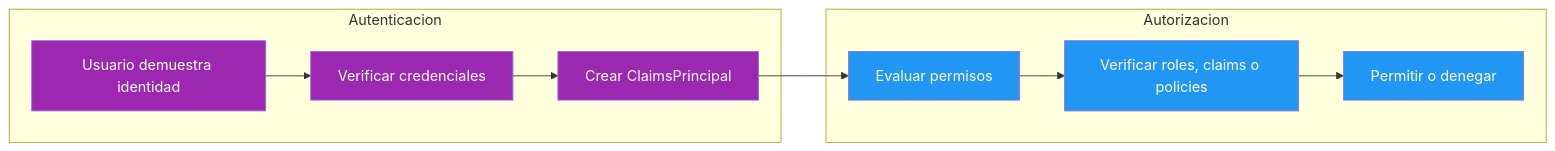
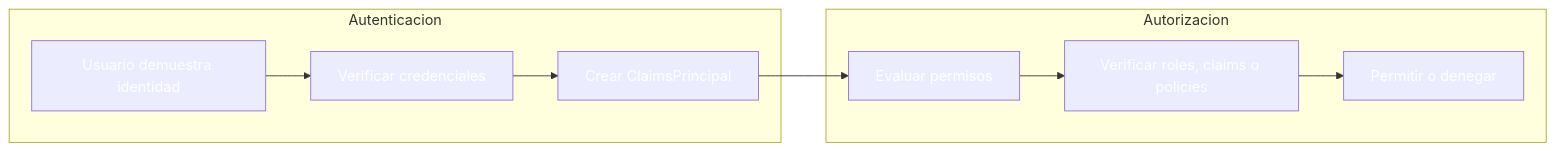
The first of 14 diagrams in 17-autorizacion.md (joseluisgs/DesarrolloWebEntornosServidor-02-2026-2027), drawn with Mermaid before and after one commit. The commit also changed other lines of this file and 41 other files, not shown here.

````diff
--- a/17-autorizacion.md
+++ b/17-autorizacion.md
@@ -56,23 +56,23 @@
 ```mermaid
 flowchart LR
     subgraph "Autenticacion"
         A1["Usuario demuestra identidad"]
         A2["Verificar credenciales"]
         A3["Crear ClaimsPrincipal"]
     end
 
     subgraph "Autorizacion"
         B1["Evaluar permisos"]
         B2["Verificar roles, claims o policies"]
         B3["Permitir o denegar"]
     end
 
     A1 --> A2 --> A3 --> B1 --> B2 --> B3
 
-    style A1 fill:#9C27B0,color:#fff
-    style A2 fill:#9C27B0,color:#fff
-    style A3 fill:#9C27B0,color:#fff
-    style B1 fill:#2196F3,color:#fff
-    style B2 fill:#2196F3,color:#fff
-    style B3 fill:#2196F3,color:#fff
+    style A1 fill:#9C27B,color:#fff0,color:#fff
+    style A2 fill:#9C27B,color:#fff0,color:#fff
+    style A3 fill:#9C27B,color:#fff0,color:#fff
+    style B1 fill:#2196F,color:#fff3,color:#fff
+    style B2 fill:#2196F,color:#fff3,color:#fff
+    style B3 fill:#2196F,color:#fff3,color:#fff
 ```
````
